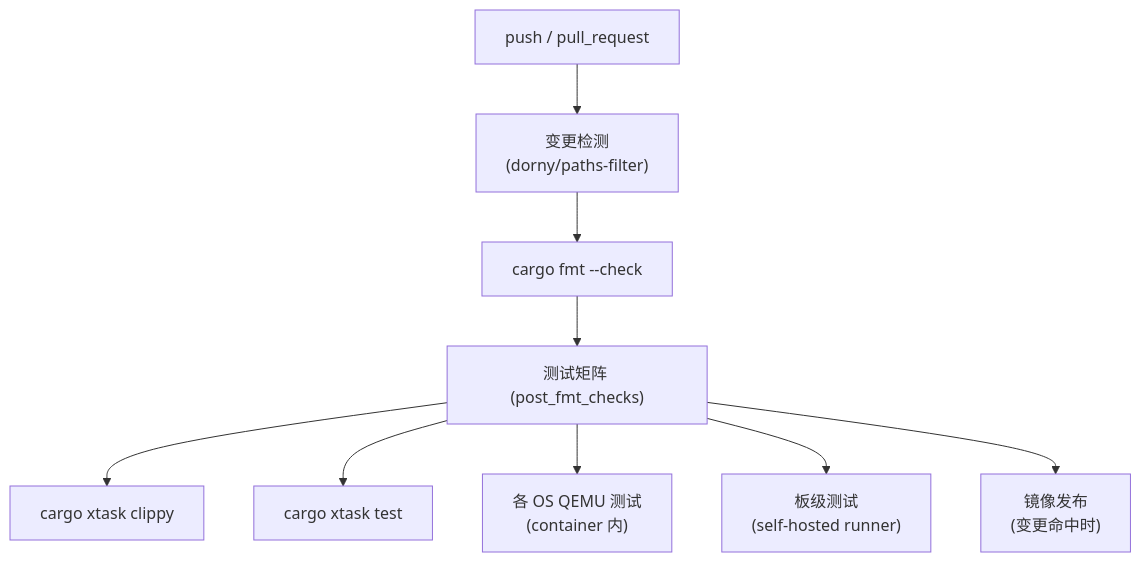
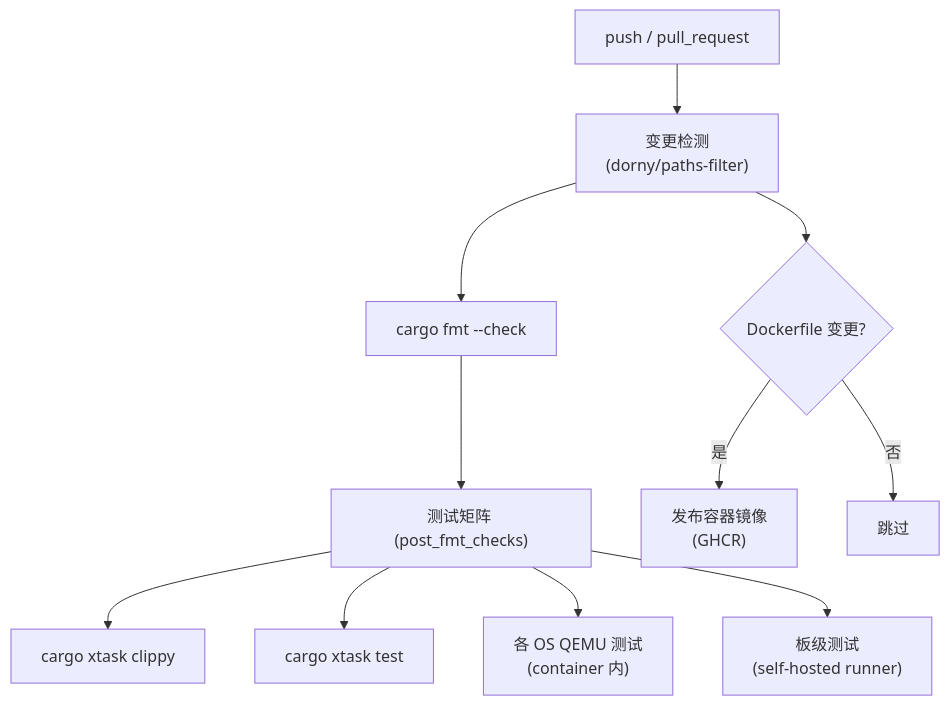
The second of 2 diagrams in docs/docs/build/ci.md (rcore-os/tgoskits), drawn with Mermaid before and after one commit. The commit also changed other lines of this file and 1 other file, not shown here.

````diff
--- a/docs/docs/build/ci.md
+++ b/docs/docs/build/ci.md
@@ -62,11 +89,13 @@
 ```mermaid
 flowchart TD
     A["push / pull_request"] --> B["变更检测<br/>(dorny/paths-filter)"]
     B --> C["cargo fmt --check"]
     C --> D["测试矩阵 (post_fmt_checks)"]
     D --> E["cargo xtask clippy"]
     D --> F["cargo xtask test"]
     D --> G["各 OS QEMU 测试<br/>(container 内)"]
     D --> H["板级测试<br/>(self-hosted runner)"]
-    D --> I["镜像发布<br/>(变更命中时)"]
+    B --> I{"Dockerfile 变更?"}
+    I -->|是| J["发布容器镜像<br/>(GHCR)"]
+    I -->|否| K["跳过"]
 ```
````
